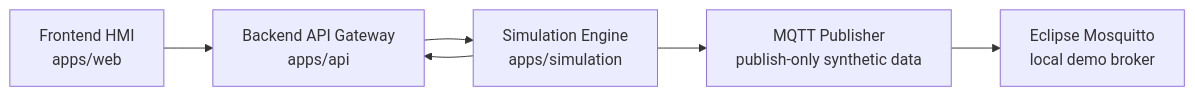
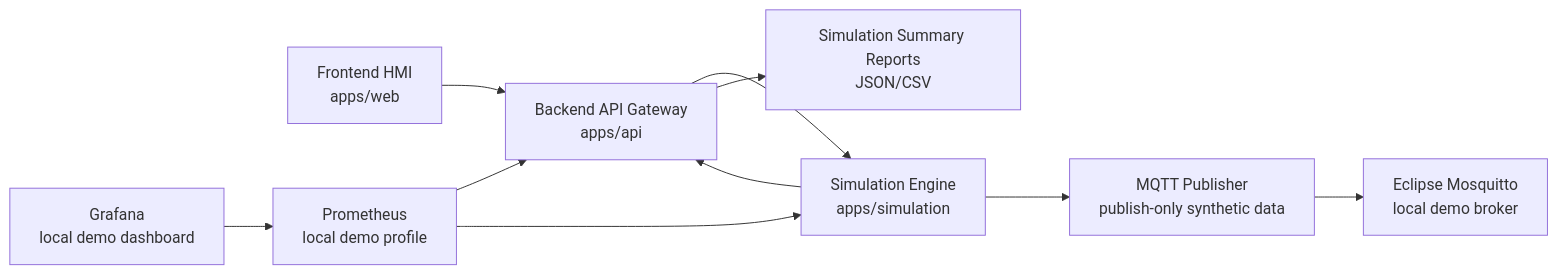
The first of 10 diagrams in docs/architecture.md (dimbo1324/smr-digital-twin-platform-r), drawn with Mermaid before and after one commit. The commit also changed other lines of this file and 50 other files, not shown here.

````diff
--- a/docs/architecture.md
+++ b/docs/architecture.md
@@ -5,8 +5,12 @@
 ```mermaid
 flowchart LR
     Web["Frontend HMI<br/>apps/web"] --> API["Backend API Gateway<br/>apps/api"]
     API --> Simulation["Simulation Engine<br/>apps/simulation"]
     Simulation --> API
     Simulation --> MQTT["MQTT Publisher<br/>publish-only synthetic data"]
     MQTT --> Broker["Eclipse Mosquitto<br/>local demo broker"]
+    API --> Reports["Simulation Summary Reports<br/>JSON/CSV"]
+    Prometheus["Prometheus<br/>local demo profile"] --> API
+    Prometheus --> Simulation
+    Grafana["Grafana<br/>local demo dashboard"] --> Prometheus
 ```
````
